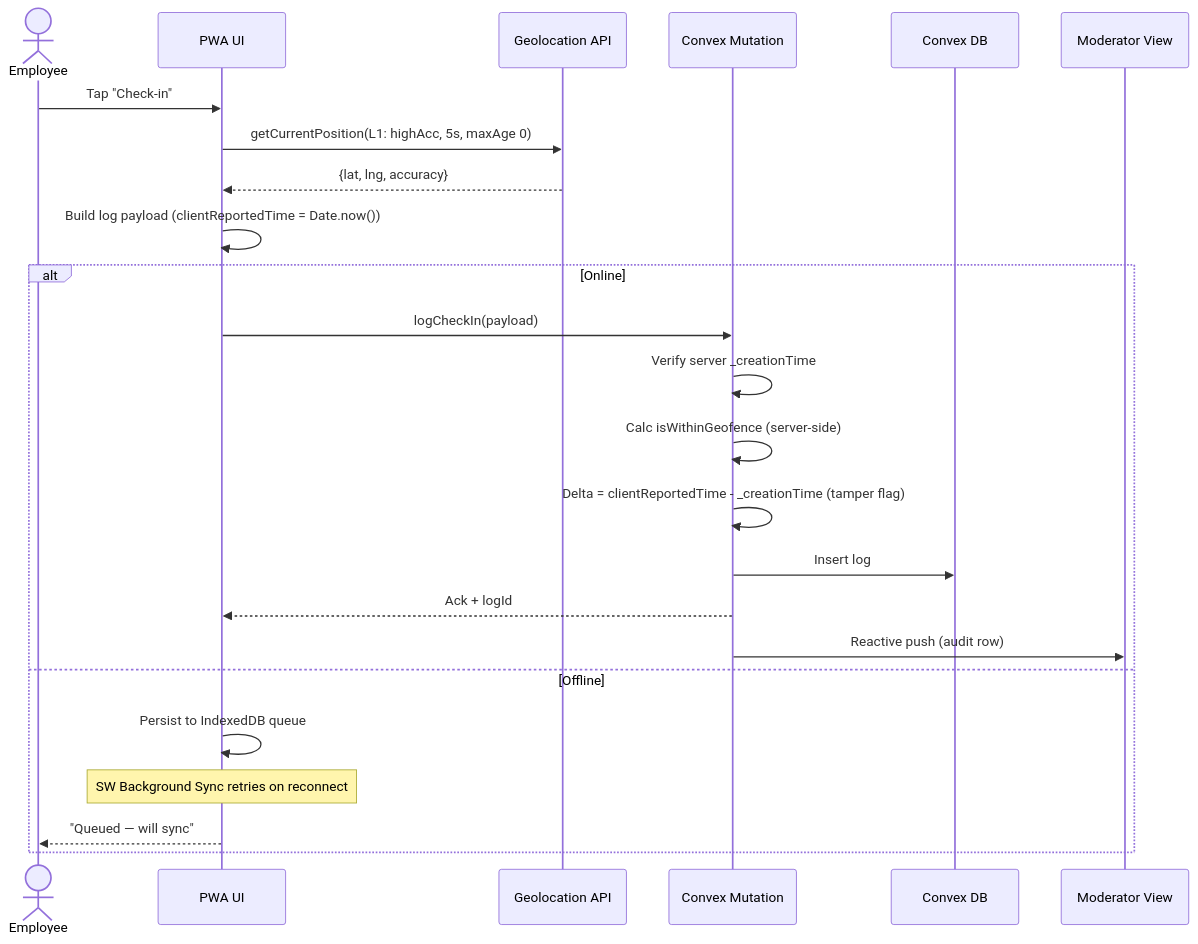
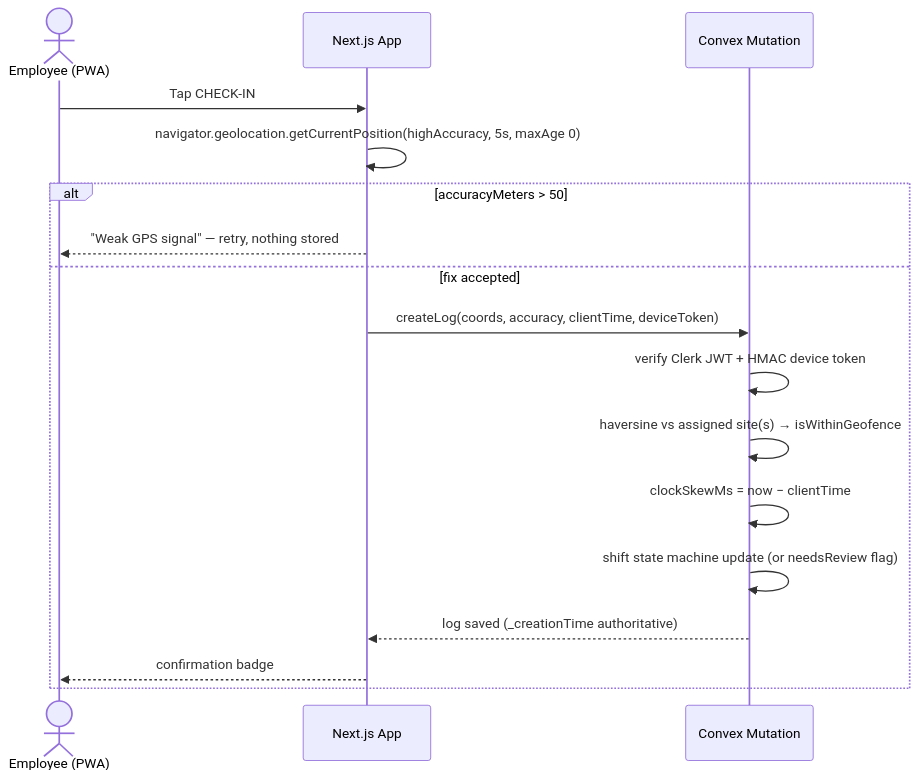
One commit to TeacherEvan/J-pay changed the third of 5 diagrams in j-pay.md. Above: the diagram before and after it, drawn with Mermaid. The commit also changed other lines of this file, not shown here.

Commit message:
docs(j-pay): replace stale v0.2 TRD with v1.1 (the version the plan and review target)

````diff
--- a/j-pay.md
+++ b/j-pay.md
@@ -137,27 +369,19 @@
 ```mermaid
 sequenceDiagram
-  actor E as Employee
-  participant UI as PWA UI
-  participant G as Geolocation API
-  participant C as Convex Mutation
-  participant DB as Convex DB
-  participant M as Moderator View
-
-  E->>UI: Tap "Check-in"
-  UI->>G: getCurrentPosition(L1: highAcc, 5s, maxAge 0)
-  G-->>UI: {lat, lng, accuracy}
-  UI->>UI: Build log payload (clientReportedTime = Date.now())
-  alt Online
-    UI->>C: logCheckIn(payload)
-    C->>C: Verify server _creationTime
-    C->>C: Calc isWithinGeofence (server-side)
-    C->>C: Delta = clientReportedTime - _creationTime (tamper flag)
-    C->>DB: Insert log
-    C-->>UI: Ack + logId
-    C->>M: Reactive push (audit row)
-  else Offline
-    UI->>UI: Persist to IndexedDB queue
-    Note over UI: SW Background Sync retries on reconnect
-    UI-->>E: "Queued — will sync"
-  end
+    actor E as Employee (PWA)
+    participant UI as Next.js App
+    participant CX as Convex Mutation
+    E->>UI: Tap CHECK-IN
+    UI->>UI: navigator.geolocation.getCurrentPosition(highAccuracy, 5s, maxAge 0)
+    alt accuracyMeters > 50
+        UI-->>E: "Weak GPS signal" — retry, nothing stored
+    else fix accepted
+        UI->>CX: createLog(coords, accuracy, clientTime, deviceToken)
+        CX->>CX: verify Clerk JWT + HMAC device token
+        CX->>CX: haversine vs assigned site(s) → isWithinGeofence
+        CX->>CX: clockSkewMs = now − clientTime
+        CX->>CX: shift state machine update (or needsReview flag)
+        CX-->>UI: log saved (_creationTime authoritative)
+        UI-->>E: confirmation badge
+    end
 ```
````
